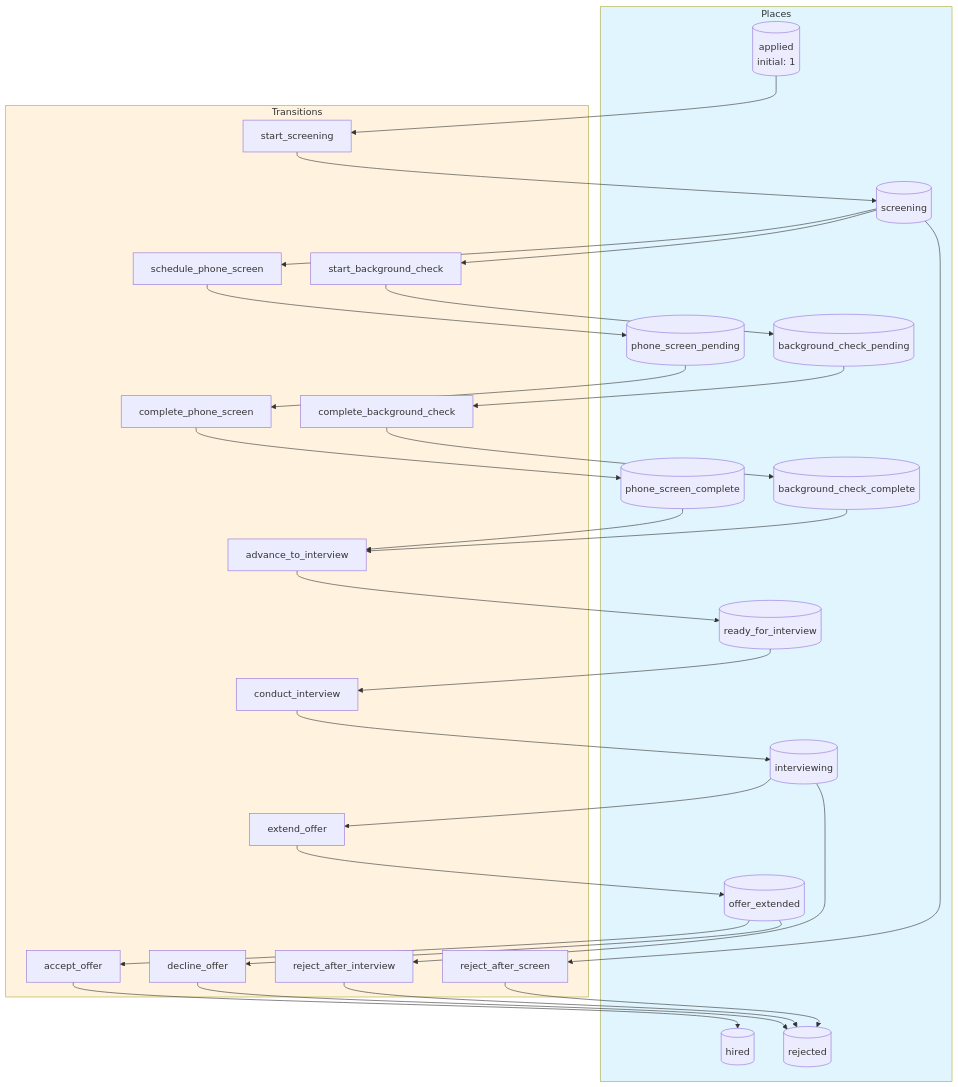
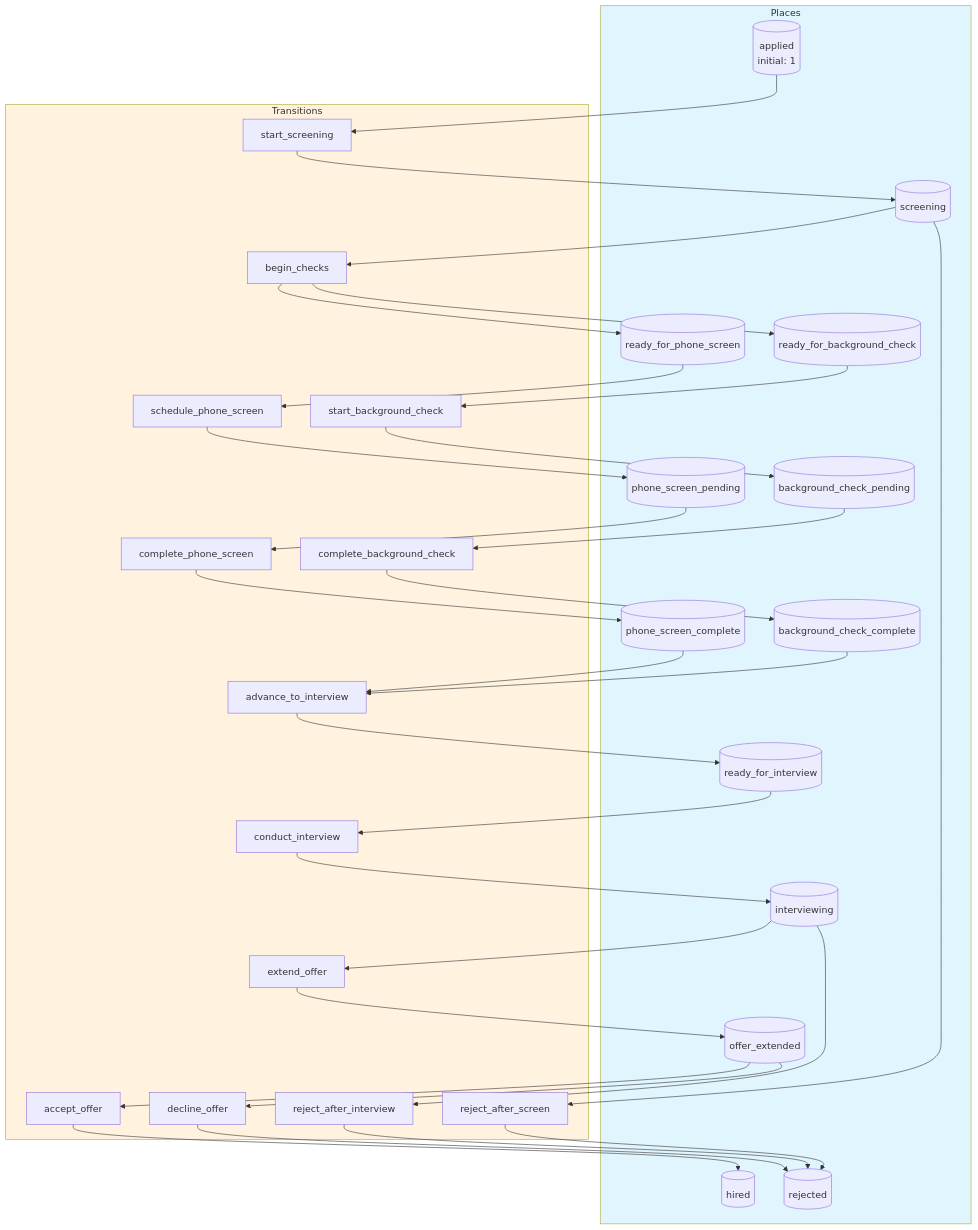
The second of 4 diagrams in generated/jobapplication/README.md (pflow-xyz/petri-pilot), drawn with Mermaid before and after one commit. The commit also changed other lines of this file and 39 other files, not shown here.

````diff
--- a/generated/jobapplication/README.md
+++ b/generated/jobapplication/README.md
@@ -136,73 +146,80 @@
 ```mermaid
 flowchart TD
     subgraph Places
         PlaceApplied[("applied<br/>initial: 1")]
         PlaceScreening[("screening")]
+        PlaceReadyForPhoneScreen[("ready_for_phone_screen")]
+        PlaceReadyForBackgroundCheck[("ready_for_background_check")]
         PlacePhoneScreenPending[("phone_screen_pending")]
         PlacePhoneScreenComplete[("phone_screen_complete")]
         PlaceBackgroundCheckPending[("background_check_pending")]
         PlaceBackgroundCheckComplete[("background_check_complete")]
         PlaceReadyForInterview[("ready_for_interview")]
         PlaceInterviewing[("interviewing")]
         PlaceOfferExtended[("offer_extended")]
         PlaceHired[("hired")]
         PlaceRejected[("rejected")]
     end
 
     subgraph Transitions
         t_TransitionStartScreening["start_screening"]
+        t_TransitionBeginChecks["begin_checks"]
         t_TransitionSchedulePhoneScreen["schedule_phone_screen"]
         t_TransitionStartBackgroundCheck["start_background_check"]
         t_TransitionCompletePhoneScreen["complete_phone_screen"]
         t_TransitionCompleteBackgroundCheck["complete_background_check"]
         t_TransitionAdvanceToInterview["advance_to_interview"]
         t_TransitionConductInterview["conduct_interview"]
         t_TransitionExtendOffer["extend_offer"]
         t_TransitionAcceptOffer["accept_offer"]
         t_TransitionRejectAfterScreen["reject_after_screen"]
         t_TransitionRejectAfterInterview["reject_after_interview"]
         t_TransitionDeclineOffer["decline_offer"]
     end
 
 
     PlaceApplied --> t_TransitionStartScreening
     t_TransitionStartScreening --> PlaceScreening
 
-    PlaceScreening --> t_TransitionSchedulePhoneScreen
+    PlaceScreening --> t_TransitionBeginChecks
+    t_TransitionBeginChecks --> PlaceReadyForPhoneScreen
+    t_TransitionBeginChecks --> PlaceReadyForBackgroundCheck
+
+    PlaceReadyForPhoneScreen --> t_TransitionSchedulePhoneScreen
     t_TransitionSchedulePhoneScreen --> PlacePhoneScreenPending
 
-    PlaceScreening --> t_TransitionStartBackgroundCheck
+    PlaceReadyForBackgroundCheck --> t_TransitionStartBackgroundCheck
     t_TransitionStartBackgroundCheck --> PlaceBackgroundCheckPending
 
     PlacePhoneScreenPending --> t_TransitionCompletePhoneScreen
     t_TransitionCompletePhoneScreen --> PlacePhoneScreenComplete
 
     PlaceBackgroundCheckPending --> t_TransitionCompleteBackgroundCheck
     t_TransitionCompleteBackgroundCheck --> PlaceBackgroundCheckComplete
 
     PlacePhoneScreenComplete --> t_TransitionAdvanceToInterview
     PlaceBackgroundCheckComplete --> t_TransitionAdvanceToInterview
     t_TransitionAdvanceToInterview --> PlaceReadyForInterview
 
     PlaceReadyForInterview --> t_TransitionConductInterview
     t_TransitionConductInterview --> PlaceInterviewing
 
     PlaceInterviewing --> t_TransitionExtendOffer
     t_TransitionExtendOffer --> PlaceOfferExtended
 
     PlaceOfferExtended --> t_TransitionAcceptOffer
     t_TransitionAcceptOffer --> PlaceHired
 
     PlaceScreening --> t_TransitionRejectAfterScreen
     t_TransitionRejectAfterScreen --> PlaceRejected
 
     PlaceInterviewing --> t_TransitionRejectAfterInterview
     t_TransitionRejectAfterInterview --> PlaceRejected
 
     PlaceOfferExtended --> t_TransitionDeclineOffer
     t_TransitionDeclineOffer --> PlaceRejected
 
 
     style Places fill:#e1f5fe
     style Transitions fill:#fff3e0
 ```
````
